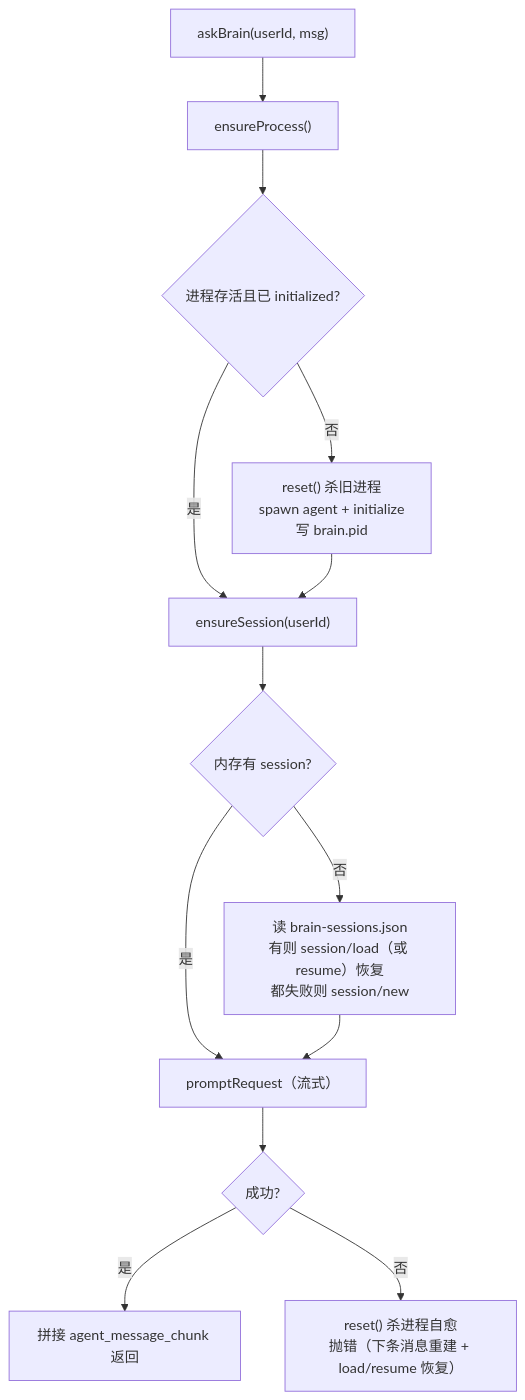
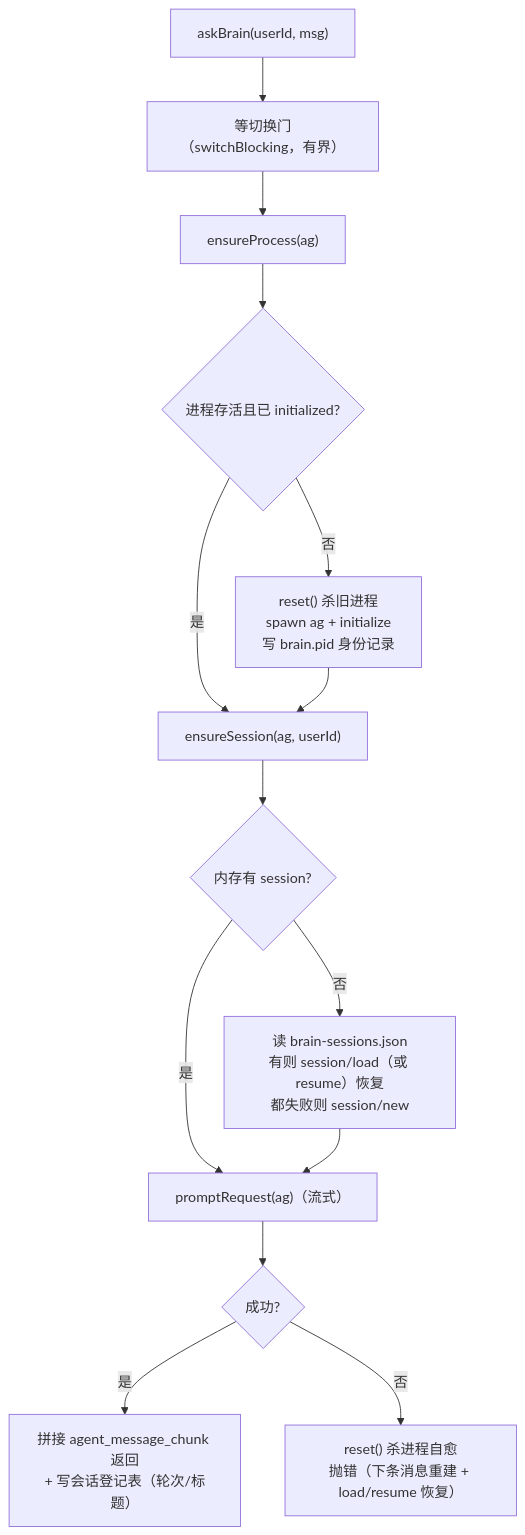
Before and after one commit to imwangpan/WeMind: the first of 2 diagrams in docs/repowiki/06-ACP-大脑与沙箱.md, drawn with Mermaid. The commit also changed other lines of this file and 61 other files, not shown here.

````diff
--- a/docs/repowiki/06-ACP-大脑与沙箱.md
+++ b/docs/repowiki/06-ACP-大脑与沙箱.md
@@ -33,15 +35,16 @@
 ```mermaid
 graph TD
-    A["askBrain(userId, msg)"] --> B["ensureProcess()"]
+    A["askBrain(userId, msg)"] --> W["等切换门（switchBlocking，有界）"]
+    W --> B["ensureProcess(ag)"]
     B --> C{"进程存活且已 initialized?"}
-    C -->|否| D["reset() 杀旧进程<br/>spawn agent + initialize<br/>写 brain.pid"]
+    C -->|否| D["reset() 杀旧进程<br/>spawn ag + initialize<br/>写 brain.pid 身份记录"]
     C -->|是| E
-    D --> E["ensureSession(userId)"]
+    D --> E["ensureSession(ag, userId)"]
     E --> F{"内存有 session?"}
     F -->|否| G["读 brain-sessions.json<br/>有则 session/load（或 resume）恢复<br/>都失败则 session/new"]
     F -->|是| H
-    G --> H["promptRequest（流式）"]
+    G --> H["promptRequest(ag)（流式）"]
     H --> I{"成功?"}
-    I -->|是| J["拼接 agent_message_chunk 返回"]
+    I -->|是| J["拼接 agent_message_chunk 返回<br/>+ 写会话登记表（轮次/标题）"]
     I -->|否| K["reset() 杀进程自愈<br/>抛错（下条消息重建 + load/resume 恢复）"]
 ```
````
